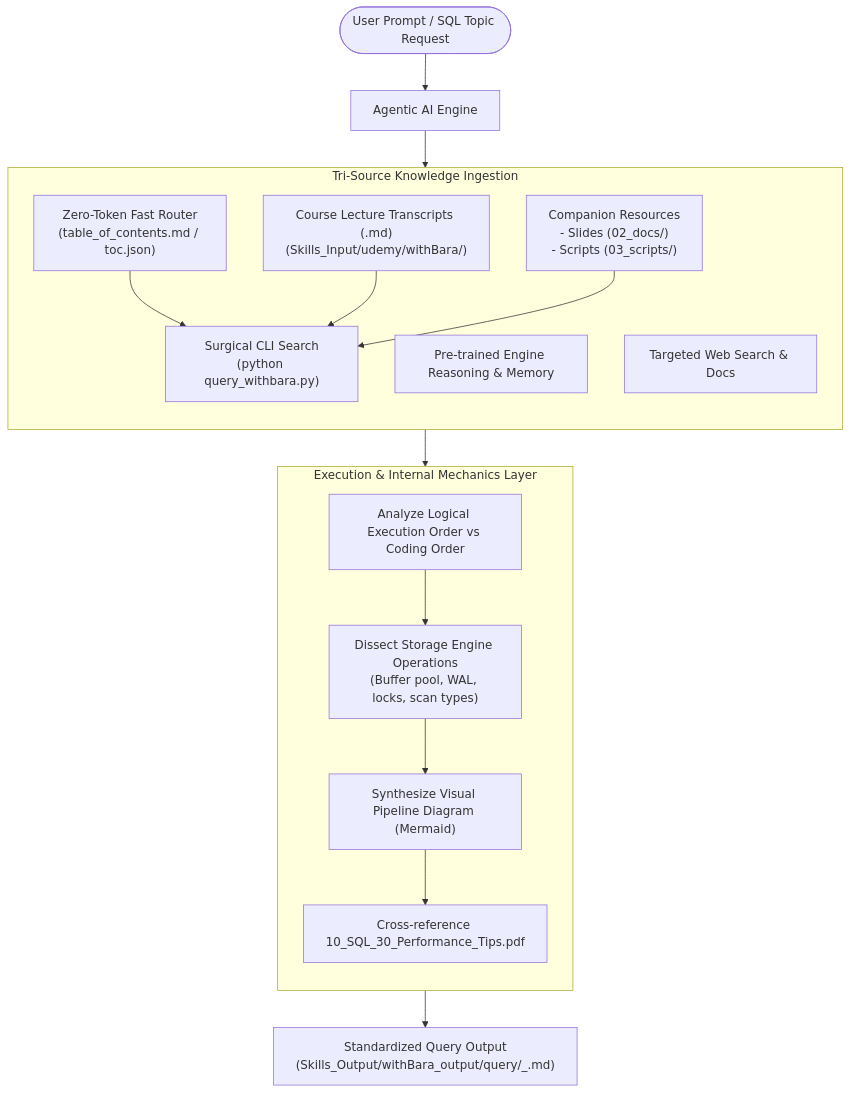
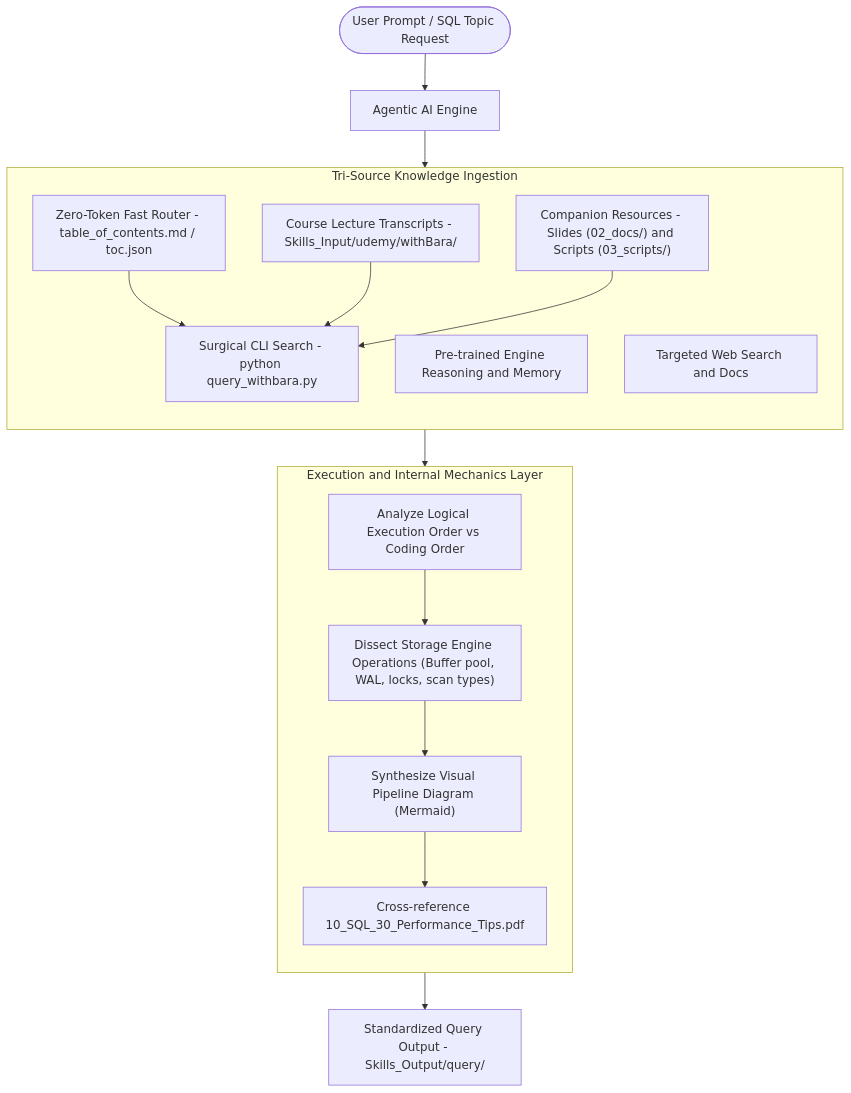
The diagram in .agent/skills/SkillsOnFixedResources/withBara/SkillArchitecture/ARCHITECTURE.md (AkmKawser/Database-Management-System), drawn with Mermaid before and after one commit. The commit also changed 11 other files, not shown here.

Commit message:
Fix Mermaid got PS parser error by double-quoting all node labels, upgrade audit_rendering.py, and codify global source attribution & simplification rules

````diff
--- a/.agent/skills/SkillsOnFixedResources/withBara/SkillArchitecture/ARCHITECTURE.md
+++ b/.agent/skills/SkillsOnFixedResources/withBara/SkillArchitecture/ARCHITECTURE.md
@@ -37,34 +37,34 @@
 ```mermaid
 flowchart TD
-    User([User Prompt / SQL Topic Request]) --> Agent[Agentic AI Engine]
+    User(["User Prompt / SQL Topic Request"]) --> Agent["Agentic AI Engine"]
     
     subgraph KnowledgeSources["Tri-Source Knowledge Ingestion"]
         direction TB
-        Transcripts["Course Lecture Transcripts (.md)<br/>(Skills_Input/udemy/withBara/)"]
-        Resources["Companion Resources<br/>- Slides (02_docs/)<br/>- Scripts (03_scripts/)"]
-        Router["Zero-Token Fast Router<br/>(table_of_contents.md / toc.json)"]
-        CLISearch["Surgical CLI Search<br/>(python query_withbara.py)"]
+        Transcripts["Course Lecture Transcripts - Skills_Input/udemy/withBara/"]
+        Resources["Companion Resources - Slides (02_docs/) and Scripts (03_scripts/)"]
+        Router["Zero-Token Fast Router - table_of_contents.md / toc.json"]
+        CLISearch["Surgical CLI Search - python query_withbara.py"]
         
         Router --> CLISearch
         Transcripts --> CLISearch
         Resources --> CLISearch
         
-        LLM["Pre-trained Engine Reasoning & Memory"]
-        Web["Targeted Web Search & Docs"]
+        LLM["Pre-trained Engine Reasoning and Memory"]
+        Web["Targeted Web Search and Docs"]
     end
     
     Agent --> KnowledgeSources
     
-    subgraph ExecutionAnalysis["Execution & Internal Mechanics Layer"]
+    subgraph ExecutionAnalysis["Execution and Internal Mechanics Layer"]
         direction TB
         Step1["Analyze Logical Execution Order vs Coding Order"]
-        Step2["Dissect Storage Engine Operations<br/>(Buffer pool, WAL, locks, scan types)"]
+        Step2["Dissect Storage Engine Operations (Buffer pool, WAL, locks, scan types)"]
         Step3["Synthesize Visual Pipeline Diagram (Mermaid)"]
         Step4["Cross-reference 10_SQL_30_Performance_Tips.pdf"]
         Step1 --> Step2 --> Step3 --> Step4
     end
     
     KnowledgeSources --> ExecutionAnalysis
     
-    ExecutionAnalysis --> Output["Standardized Query Output<br/>(Skills_Output/withBara_output/query/<NNN>_<topic>.md)"]
+    ExecutionAnalysis --> Output["Standardized Query Output - Skills_Output/query/"]
 ```
````
